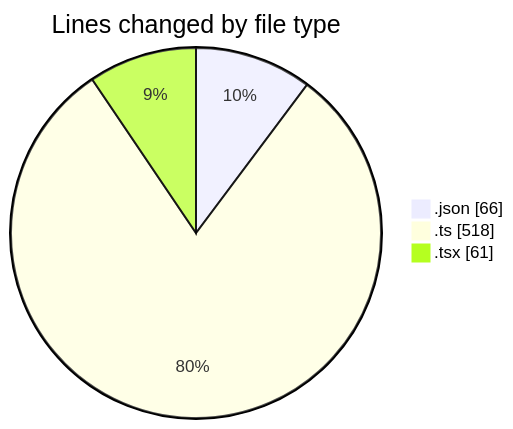
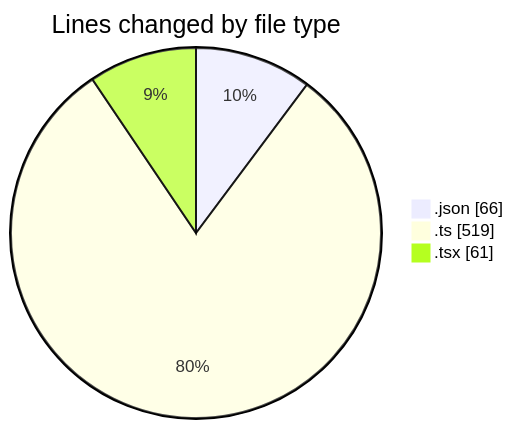
One commit to momahboobian/code-tracking changed the first of 2 diagrams in 2025-05-09/cda/README.md. Above: the diagram before and after it, drawn with Mermaid. The commit also changed other lines of this file and 1 other file, not shown here.

````diff
--- a/2025-05-09/cda/README.md
+++ b/2025-05-09/cda/README.md
@@ -23,7 +23,7 @@
 ```mermaid
 pie showData
 title Lines changed by file type
 ".json" : 66
-".ts" : 518
+".ts" : 519
 ".tsx" : 61
 ```
````
